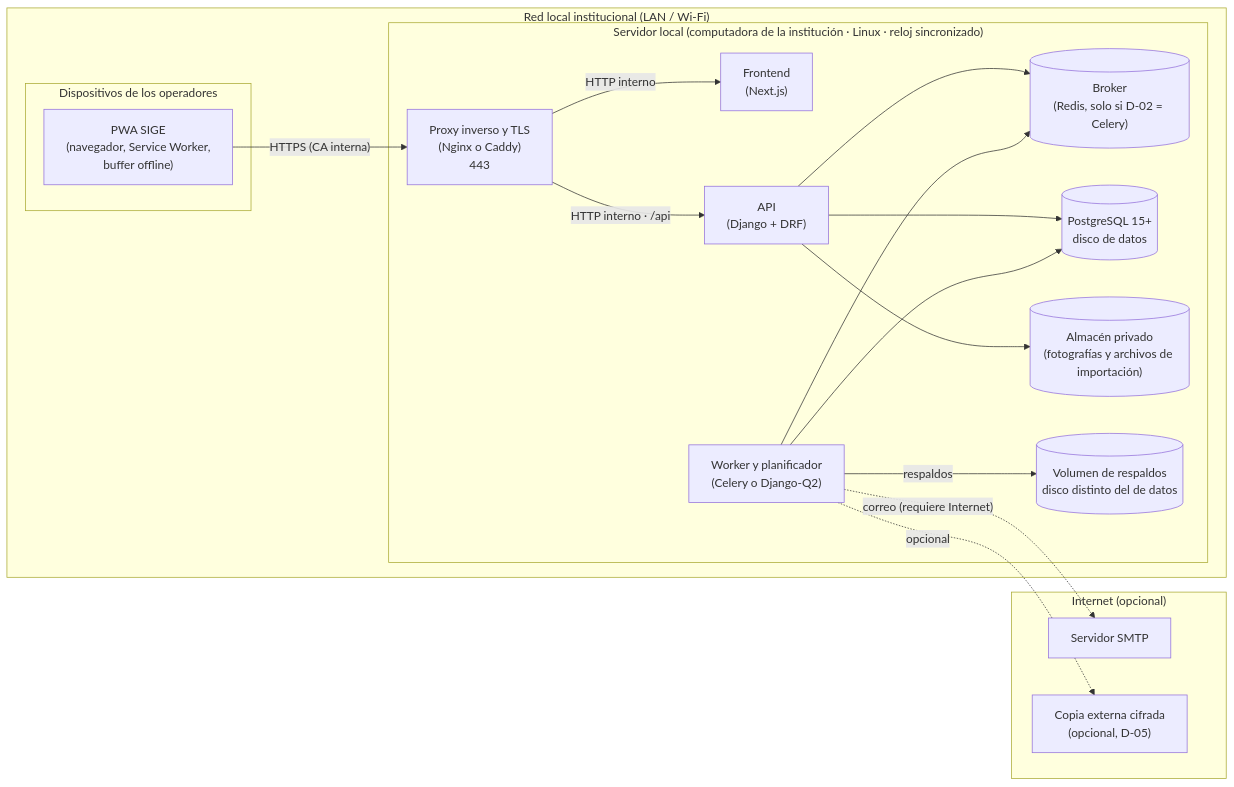
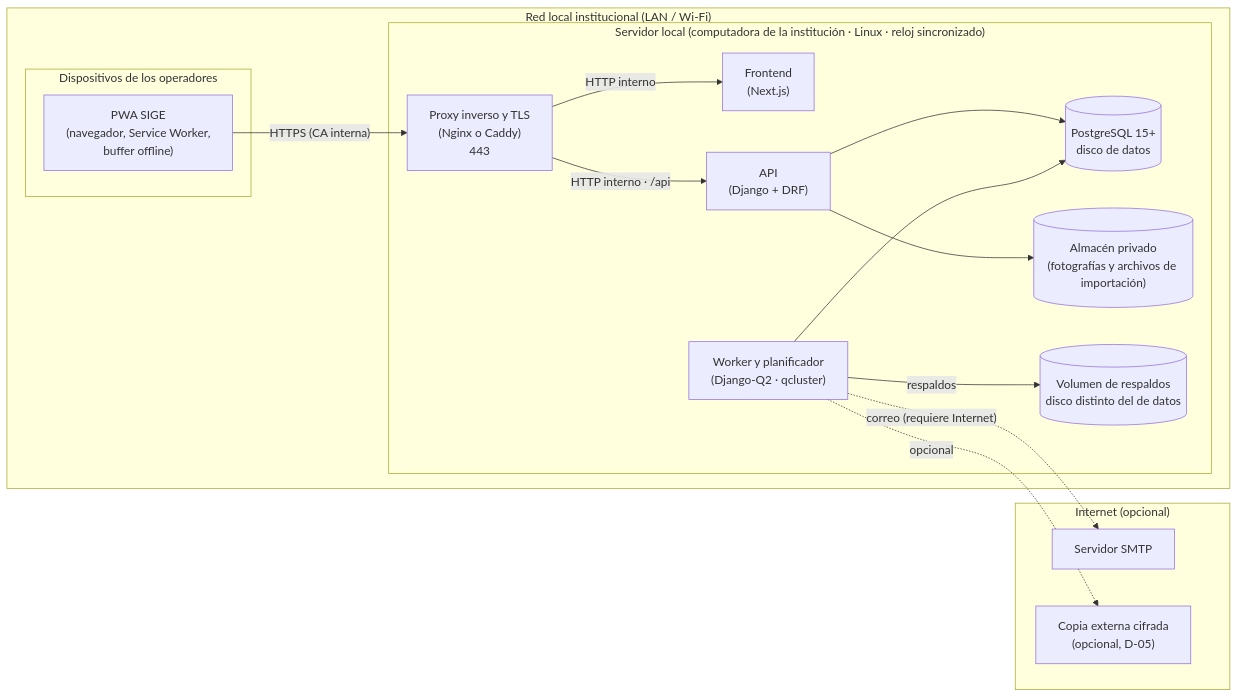
The diagram in docs/4 Documentos transversales/SIGE_Plan_de_Despliegue_v1.md (migolitofirmaditocmd/SIGE), drawn with Mermaid before and after one commit. The commit also changed other lines of this file and 36 other files, not shown here.

````diff
--- a/docs/4 Documentos transversales/SIGE_Plan_de_Despliegue_v1.md
+++ b/docs/4 Documentos transversales/SIGE_Plan_de_Despliegue_v1.md
@@ -50,33 +49,32 @@
 ```mermaid
 flowchart LR
     subgraph LAN["Red local institucional (LAN / Wi-Fi)"]
         subgraph DEV["Dispositivos de los operadores"]
             PWA["PWA SIGE<br/>(navegador, Service Worker,<br/>buffer offline)"]
         end
         subgraph SRV["Servidor local (computadora de la institución · Linux · reloj sincronizado)"]
             PROXY["Proxy inverso y TLS<br/>(Nginx o Caddy)<br/>443"]
             WEB["Frontend<br/>(Next.js)"]
             API["API<br/>(Django + DRF)"]
-            WRK["Worker y planificador<br/>(Celery o Django-Q2)"]
-            BRK[("Broker<br/>(Redis, solo si D-02 = Celery)")]
+            WRK["Worker y planificador<br/>(Django-Q2 · qcluster)"]
+            %% Sin Redis (D-02 = Django-Q2): la cola de tareas vive en PostgreSQL
             DB[("PostgreSQL 15+<br/>disco de datos")]
             PHO[("Almacén privado<br/>(fotografías y archivos de importación)")]
             BKP[("Volumen de respaldos<br/>disco distinto del de datos")]
         end
     end
     subgraph NET["Internet (opcional)"]
         SMTP["Servidor SMTP"]
         EXT["Copia externa cifrada<br/>(opcional, D-05)"]
     end
     PWA -->|"HTTPS (CA interna)"| PROXY
     PROXY -->|"HTTP interno"| WEB
     PROXY -->|"HTTP interno · /api"| API
     API --> DB
     API --> PHO
-    API --> BRK
-    WRK --> BRK
+    %% API y worker intercambian tareas por una tabla de PostgreSQL
     WRK --> DB
     WRK -->|"respaldos"| BKP
     WRK -.->|"correo (requiere Internet)"| SMTP
     WRK -.->|"opcional"| EXT
 ```
````
